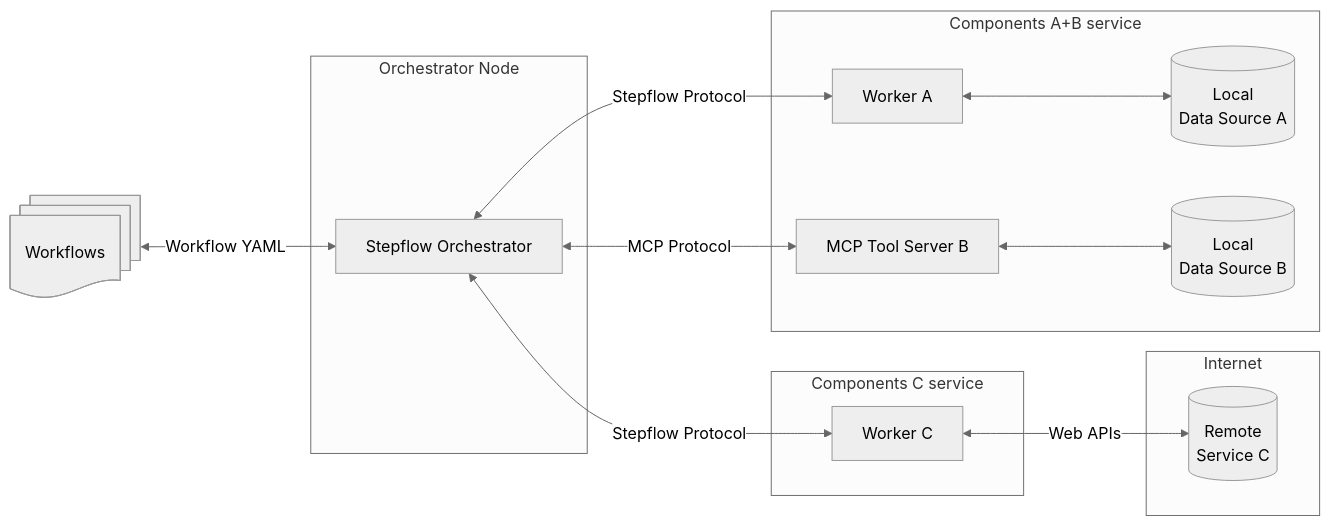
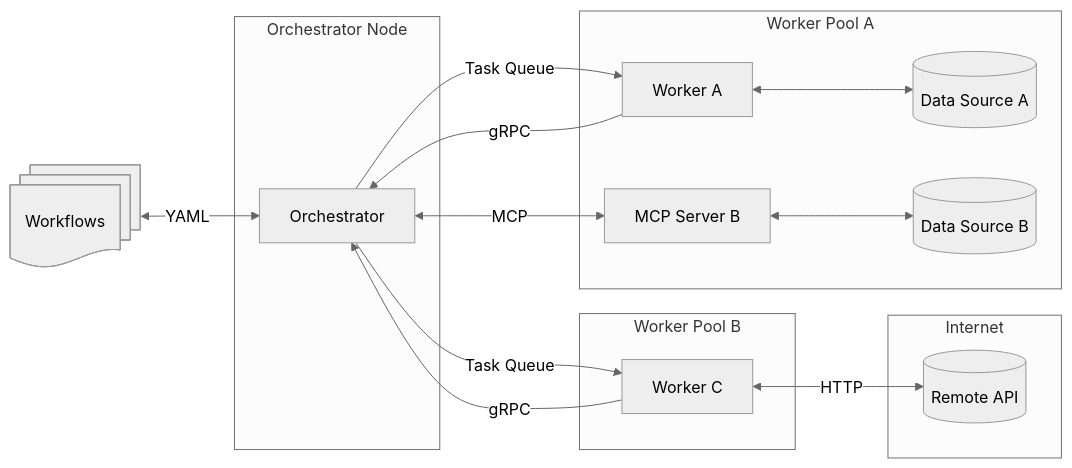
The second of 2 diagrams in docs/docs/introduction.md (stepflow-ai/stepflow), drawn with Mermaid (neutral theme) before and after one commit. The commit also changed other lines of this file and 8 other files, not shown here.

First line of the commit message:
docs: Simplify landing pages and clarify task queue vs gRPC terminology (#824)

````diff
--- a/docs/docs/introduction.md
+++ b/docs/docs/introduction.md
@@ -72,23 +66,33 @@
     ```mermaid
     flowchart LR
-        Workflows["Workflows"]@{ shape: docs }
-        Workflows <-->|"Workflow YAML"| Host
-        subgraph "Orchestrator Node"
-            Host["Stepflow Orchestrator"]
+        Workflows@{ shape: docs, label:"Workflows" }
+
+        subgraph Orchestrator Node
+            Host["Orchestrator"]
         end
-        subgraph "Components A+B service"
+
+        subgraph Worker Pool A
             S1["Worker A"]
-            S2["MCP Tool Server B"]
-            S1 <--> D1[("Local<br>Data Source A")]
-            S2 <--> D2[("Local<br>Data Source B")]
+            S2["MCP Server B"]
+            D1[("Data Source A")]
+            D2[("Data Source B")]
+            S1 <--> D1
+            S2 <--> D2
         end
-        subgraph "Components C service"
+
+        subgraph Worker Pool B
             S3["Worker C"]
-            Host <-->|"Stepflow Protocol"| S1
-            Host <-->|"MCP Protocol"| S2
-            Host <-->|"Stepflow Protocol"| S3
         end
-        subgraph "Internet"
-            S3 <-->|"Web APIs"| D3[("Remote<br>Service C")]
+
+        subgraph Internet
+            D3[("Remote API")]
         end
+
+        Workflows <-->|"YAML"| Host
+        Host --> |"Task Queue"| S1
+        S1   --> |"gRPC"| Host
+        Host <-->|"MCP"| S2
+        Host --> |"Task Queue"| S3
+        S3   --> |"gRPC"| Host
+        S3 <-->|"HTTP"| D3
     ```
````
